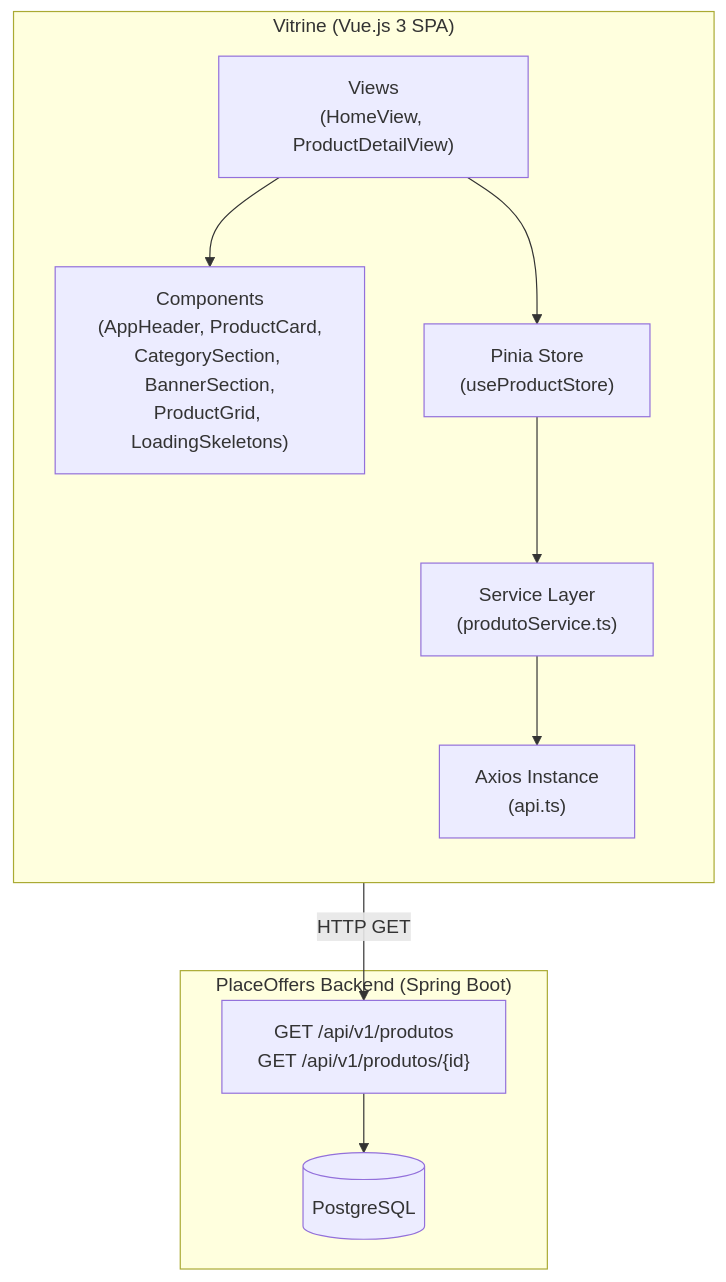
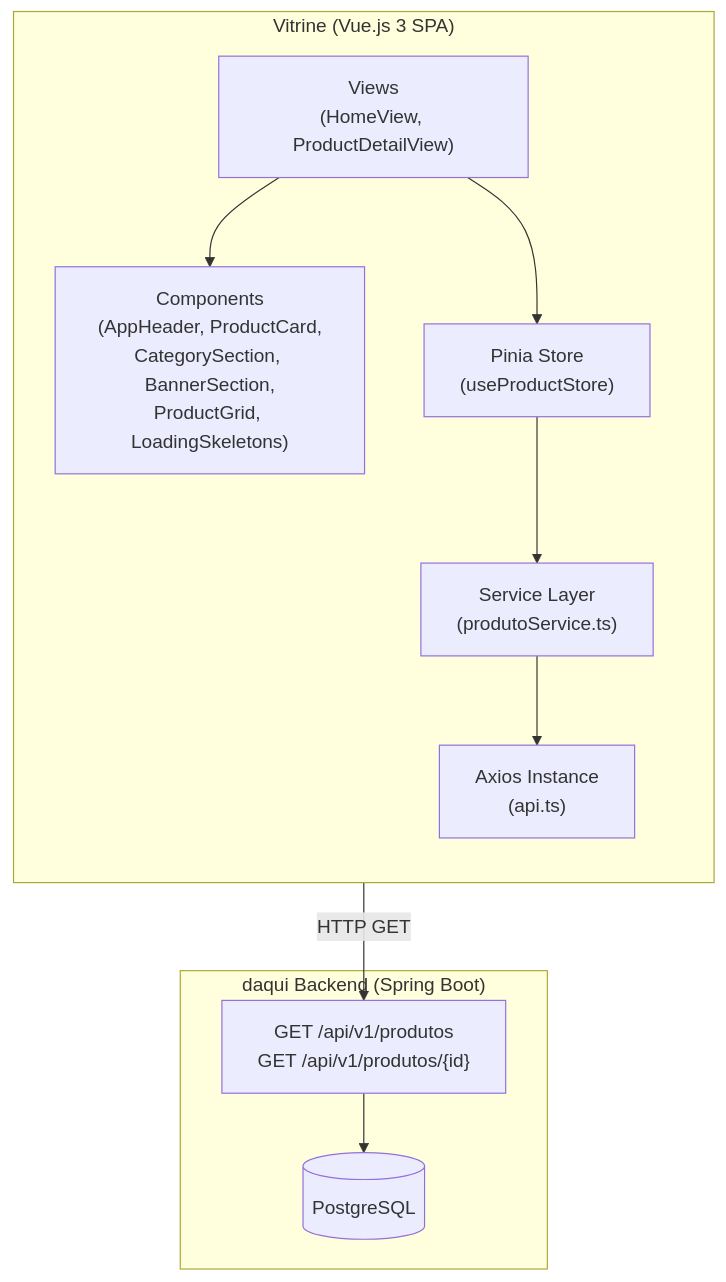
One commit to MarcosABatista/eco-merce changed the first of 4 diagrams in .kiro/specs/marketplace-vitrine/design.md. Above: the diagram before and after it, drawn with Mermaid. The commit also changed other lines of this file and 212 other files, not shown here.

````diff
--- a/.kiro/specs/marketplace-vitrine/design.md
+++ b/.kiro/specs/marketplace-vitrine/design.md
@@ -23,23 +23,23 @@
 ```mermaid
 graph TD
     subgraph Vitrine["Vitrine (Vue.js 3 SPA)"]
         direction TB
         Views["Views<br/>(HomeView, ProductDetailView)"]
         Components["Components<br/>(AppHeader, ProductCard,<br/>CategorySection, BannerSection,<br/>ProductGrid, LoadingSkeletons)"]
         Store["Pinia Store<br/>(useProductStore)"]
         Service["Service Layer<br/>(produtoService.ts)"]
         AxiosInstance["Axios Instance<br/>(api.ts)"]
     end
 
-    subgraph Backend["PlaceOffers Backend (Spring Boot)"]
+    subgraph Backend["daqui Backend (Spring Boot)"]
         API["GET /api/v1/produtos<br/>GET /api/v1/produtos/{id}"]
         DB[(PostgreSQL)]
     end
 
     Views --> Components
     Views --> Store
     Store --> Service
     Service --> AxiosInstance
     AxiosInstance -->|HTTP GET| API
     API --> DB
 ```
````
